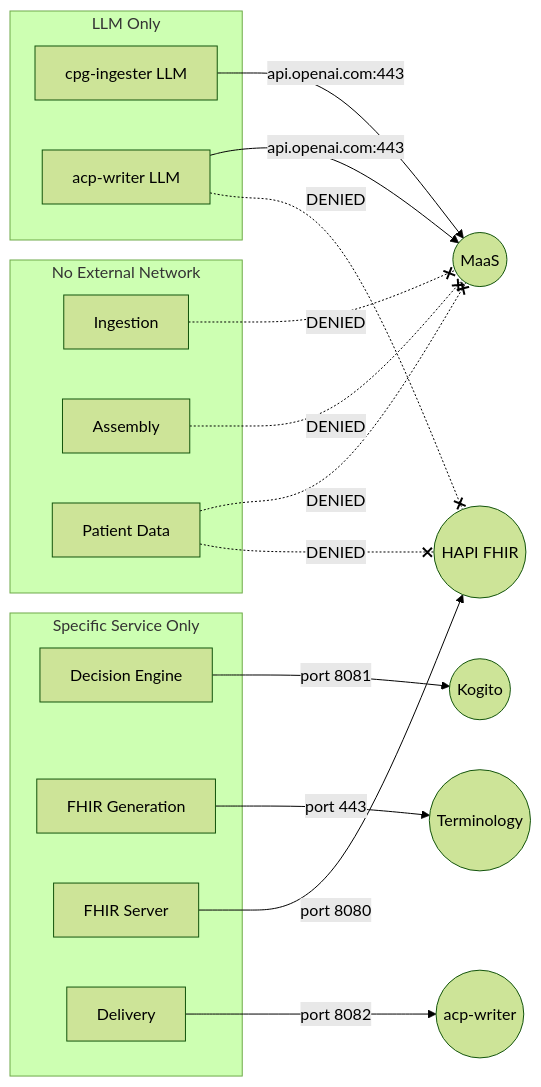
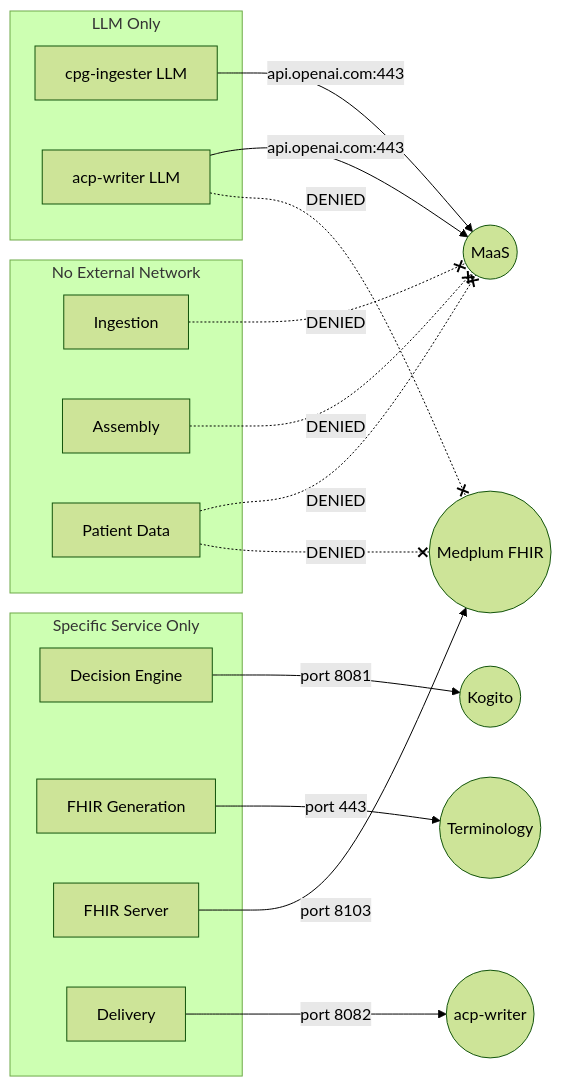
One commit to jaideepr97/cpg-to-acp changed the second of 3 diagrams in docs/openshell-agent-security.md. Above: the diagram before and after it, drawn with Mermaid (forest theme). The commit also changed other lines of this file and 2 other files, not shown here.

Commit message:
Update living docs from HAPI FHIR to Medplum
Updated architecture diagrams and descriptions in openshell-agent-security,
sonataflow-orchestration, and acp-writer-design to reflect Medplum as the
FHIR server (port 8103). dev_docs/ spike and proposal docs left as-is
(point-in-time references per AGENTS.md).

````diff
--- a/docs/openshell-agent-security.md
+++ b/docs/openshell-agent-security.md
@@ -79,33 +79,33 @@
 ```mermaid
 graph LR
     subgraph "No External Network"
         ING[Ingestion]
         ASM[Assembly]
         PAT[Patient Data]
     end
 
     subgraph "LLM Only"
         LLM1[cpg-ingester LLM]
         LLM2[acp-writer LLM]
     end
 
     subgraph "Specific Service Only"
         DMN[Decision Engine]
         FHG[FHIR Generation]
         FHS[FHIR Server]
         DEL[Delivery]
     end
 
     LLM1 -->|api.openai.com:443| MAAS((MaaS))
     LLM2 -->|api.openai.com:443| MAAS
     DMN -->|port 8081| KOG((Kogito))
     FHG -->|port 443| TERM((Terminology))
-    FHS -->|port 8080| HAPI((HAPI FHIR))
+    FHS -->|port 8103| FHIR((Medplum FHIR))
     DEL -->|port 8082| ACP((acp-writer))
 
     ING -.-x|DENIED| MAAS
     ASM -.-x|DENIED| MAAS
     PAT -.-x|DENIED| MAAS
-    PAT -.-x|DENIED| HAPI
-    LLM2 -.-x|DENIED| HAPI
+    PAT -.-x|DENIED| FHIR
+    LLM2 -.-x|DENIED| FHIR
 ```
````
